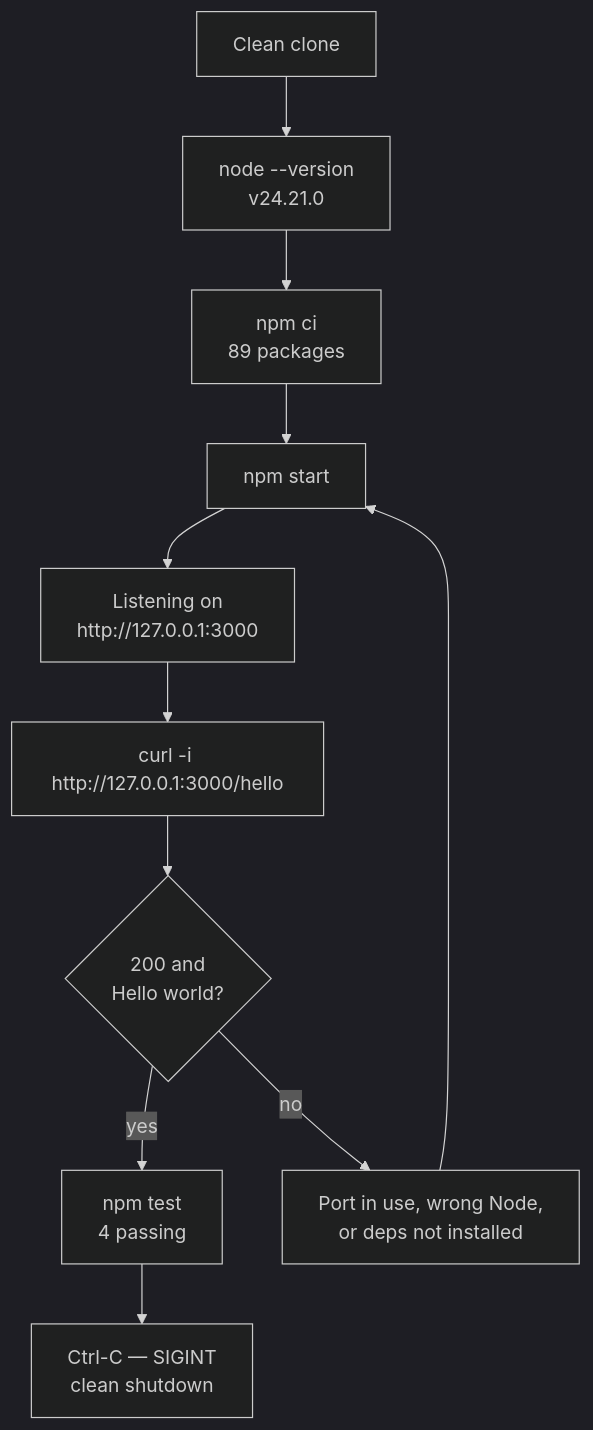
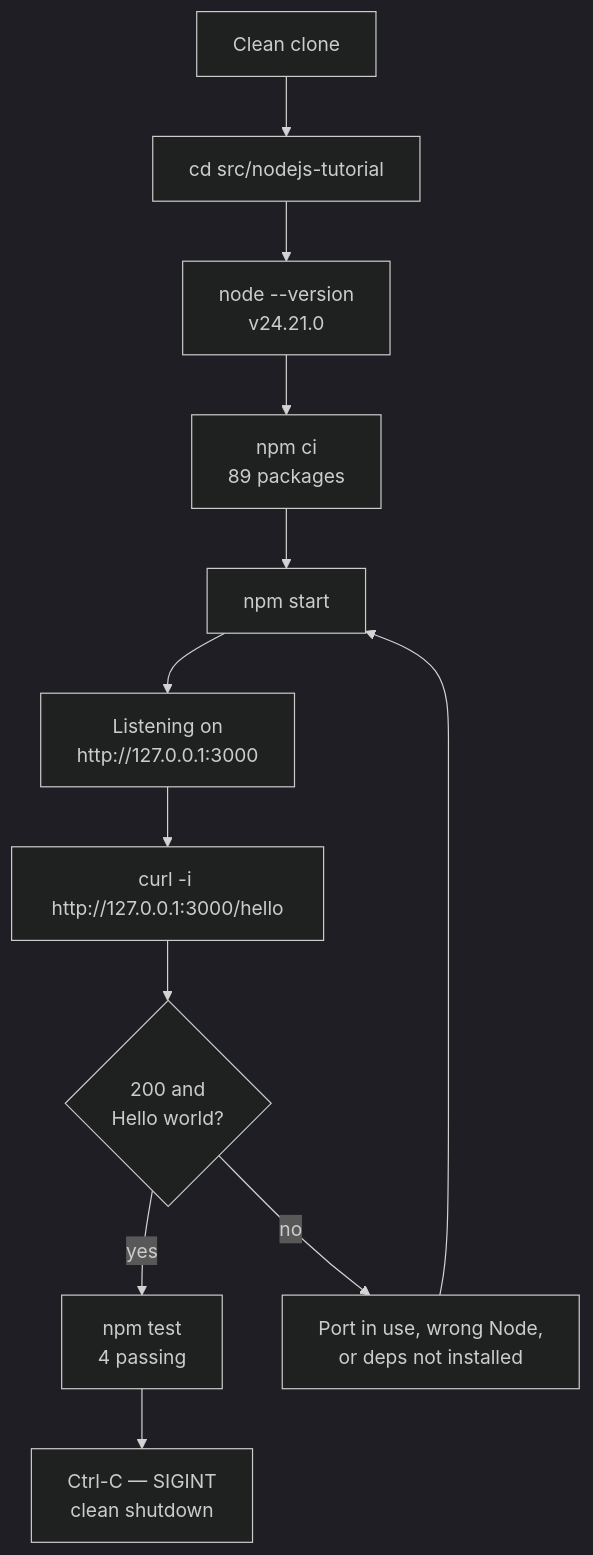
The diagram in src/nodejs-tutorial/README.md (blitzytest02/blitzy-20250603112937552), drawn with Mermaid (dark theme) before and after one commit. The commit also changed other lines of this file and 13 other files, not shown here.

````diff
--- a/src/nodejs-tutorial/README.md
+++ b/src/nodejs-tutorial/README.md
@@ -26,13 +36,14 @@
 ```mermaid
 flowchart TD
-    Start["Clean clone"] --> Node["node --version<br/>v24.21.0"]
+    Start["Clean clone"] --> Dir["cd src/nodejs-tutorial"]
+    Dir --> Node["node --version<br/>v24.21.0"]
     Node --> Install["npm ci<br/>89 packages"]
     Install --> Run["npm start"]
     Run --> Log["Listening on<br/>http://127.0.0.1:3000"]
     Log --> Verify["curl -i http://127.0.0.1:3000/hello"]
     Verify --> Check{"200 and<br/>Hello world?"}
     Check -->|yes| Test["npm test<br/>4 passing"]
     Check -->|no| Trouble["Port in use, wrong Node,<br/>or deps not installed"]
     Trouble --> Run
     Test --> Stop["Ctrl-C — SIGINT<br/>clean shutdown"]
 ```
````
